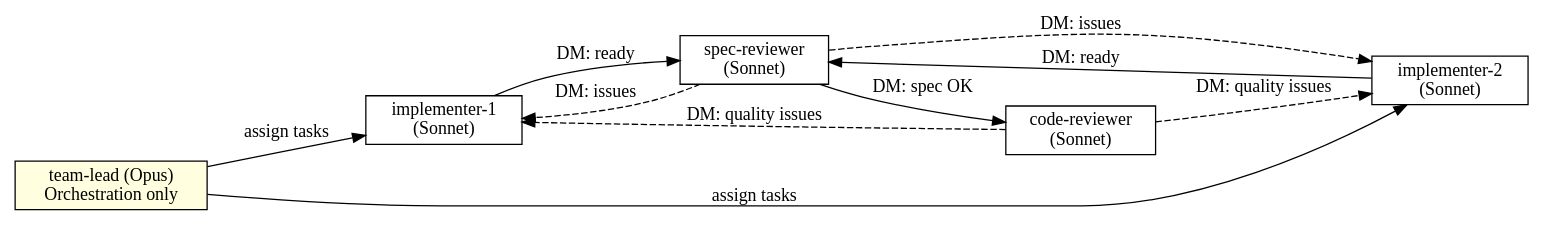
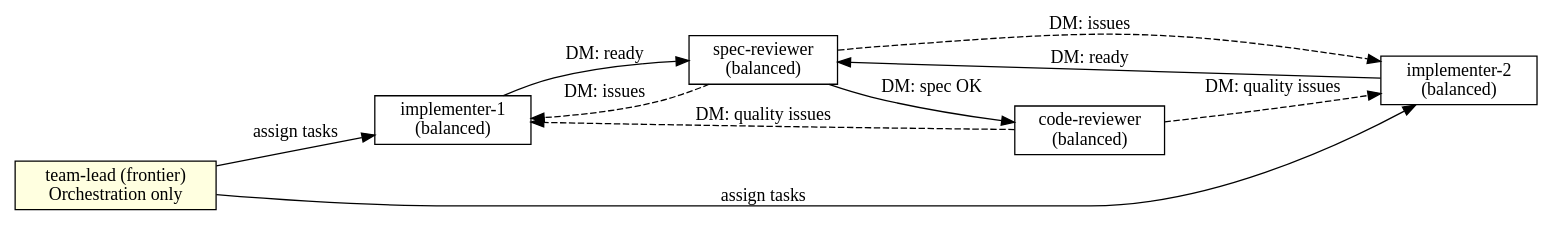
Before and after one commit to GoCodeAlone/claude-superpowers: the diagram in skills/subagent-driven-development/SKILL.md, drawn with Graphviz. The commit also changed other lines of this file and 7 other files, not shown here.

````diff
--- a/skills/subagent-driven-development/SKILL.md
+++ b/skills/subagent-driven-development/SKILL.md
@@ -28,20 +48,20 @@
 ```dot
 digraph team {
     rankdir=LR;
-    Lead [label="team-lead (Opus)\nOrchestration only" shape=box style=filled fillcolor=lightyellow];
-    I1 [label="implementer-1\n(Sonnet)" shape=box];
-    I2 [label="implementer-2\n(Sonnet)" shape=box];
-    SR [label="spec-reviewer\n(Sonnet)" shape=box];
-    CR [label="code-reviewer\n(Sonnet)" shape=box];
+    Lead [label="team-lead (frontier)\nOrchestration only" shape=box style=filled fillcolor=lightyellow];
+    I1 [label="implementer-1\n(balanced)" shape=box];
+    I2 [label="implementer-2\n(balanced)" shape=box];
+    SR [label="spec-reviewer\n(balanced)" shape=box];
+    CR [label="code-reviewer\n(balanced)" shape=box];
 
     Lead -> I1 [label="assign tasks"];
     Lead -> I2 [label="assign tasks"];
     I1 -> SR [label="DM: ready"];
     I2 -> SR [label="DM: ready"];
     SR -> CR [label="DM: spec OK"];
     SR -> I1 [label="DM: issues" style=dashed];
     SR -> I2 [label="DM: issues" style=dashed];
     CR -> I1 [label="DM: quality issues" style=dashed];
     CR -> I2 [label="DM: quality issues" style=dashed];
 }
 ```
````
